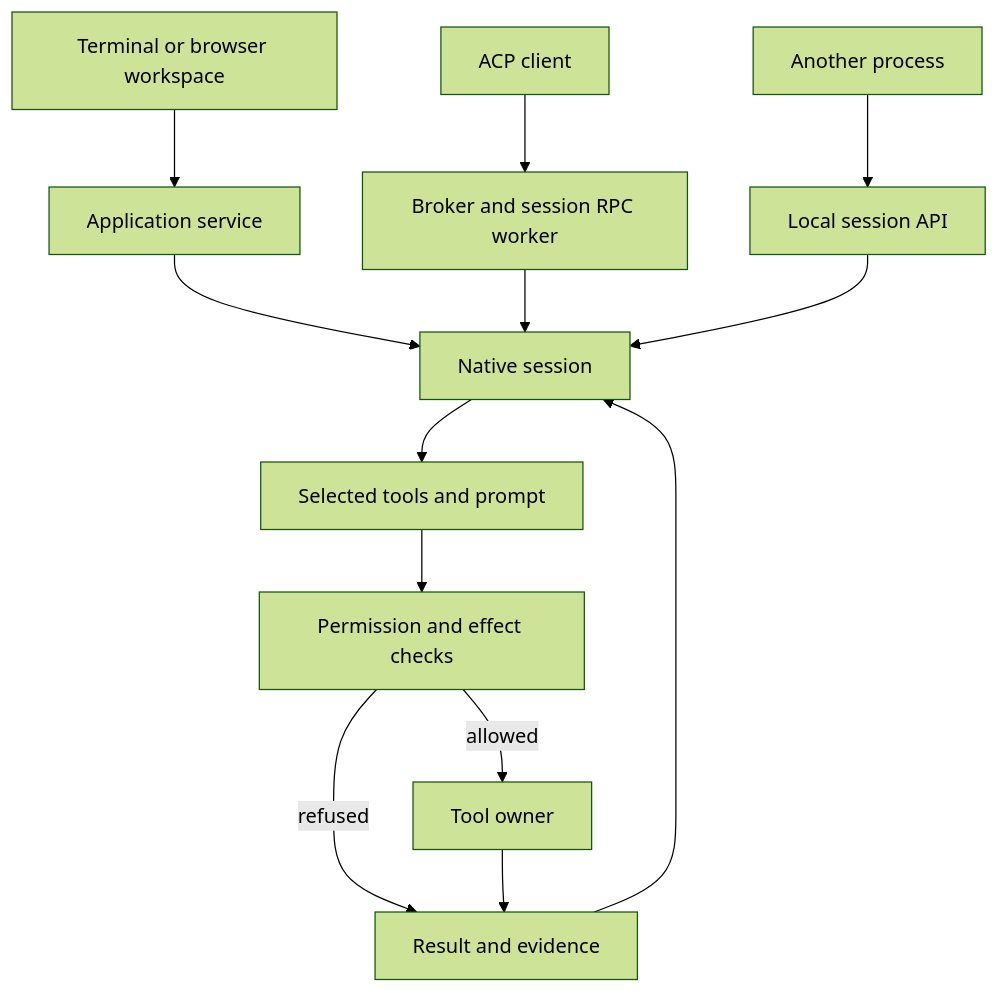
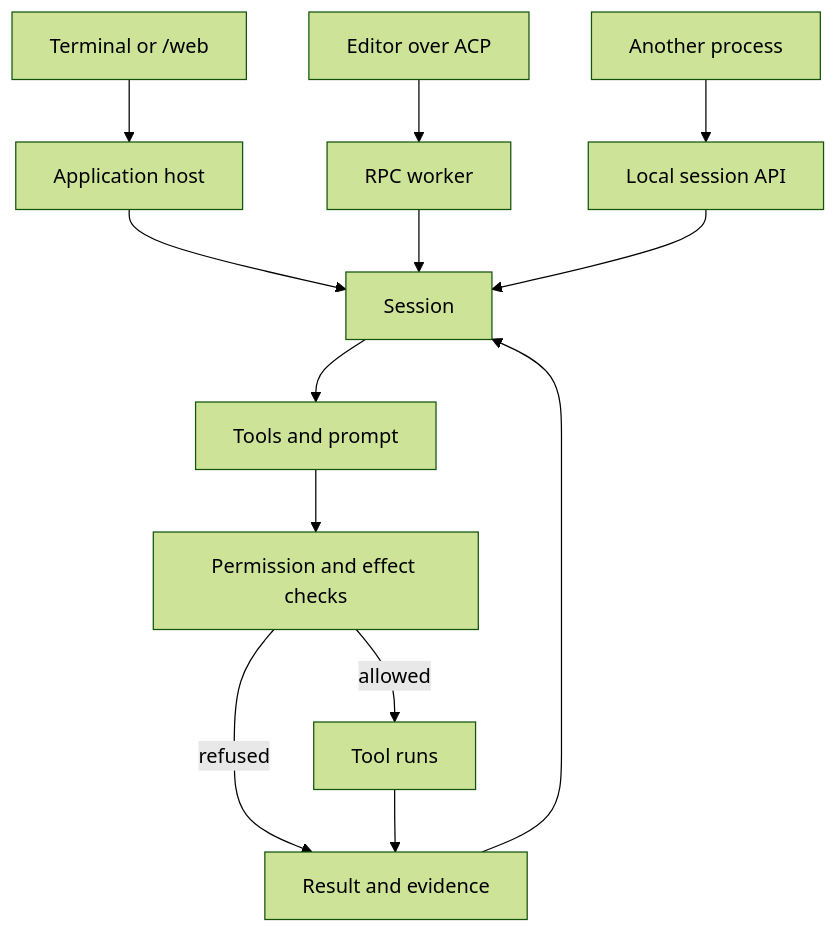
One commit to bgauryy/octocode-coding-agent changed the diagram in docs/FEATURES.md. Above: the diagram before and after it, drawn with Mermaid (forest theme). The commit also changed other lines of this file and 439 other files, not shown here.

````diff
--- a/docs/FEATURES.md
+++ b/docs/FEATURES.md
@@ -7,15 +5,14 @@
 ```mermaid
 flowchart TD
-  T["Terminal or browser workspace"] --> A["Application service"]
-  C["ACP client"] --> R["Broker and session RPC worker"]
+  T["Terminal or /web"] --> A["Application host"]
+  C["Editor over ACP"] --> R["RPC worker"]
   X["Another process"] --> L["Local session API"]
-  A --> S["Native session"]
+  A --> S["Session"]
   R --> S
   L --> S
-  S --> P["Selected tools and prompt"]
+  S --> P["Tools and prompt"]
   P --> G["Permission and effect checks"]
-  G -->|allowed| E["Tool owner"]
+  G -->|allowed| E["Tool runs"]
   G -->|refused| F["Result and evidence"]
-  E --> F
-  F --> S
+  E --> F --> S
 ```
````
